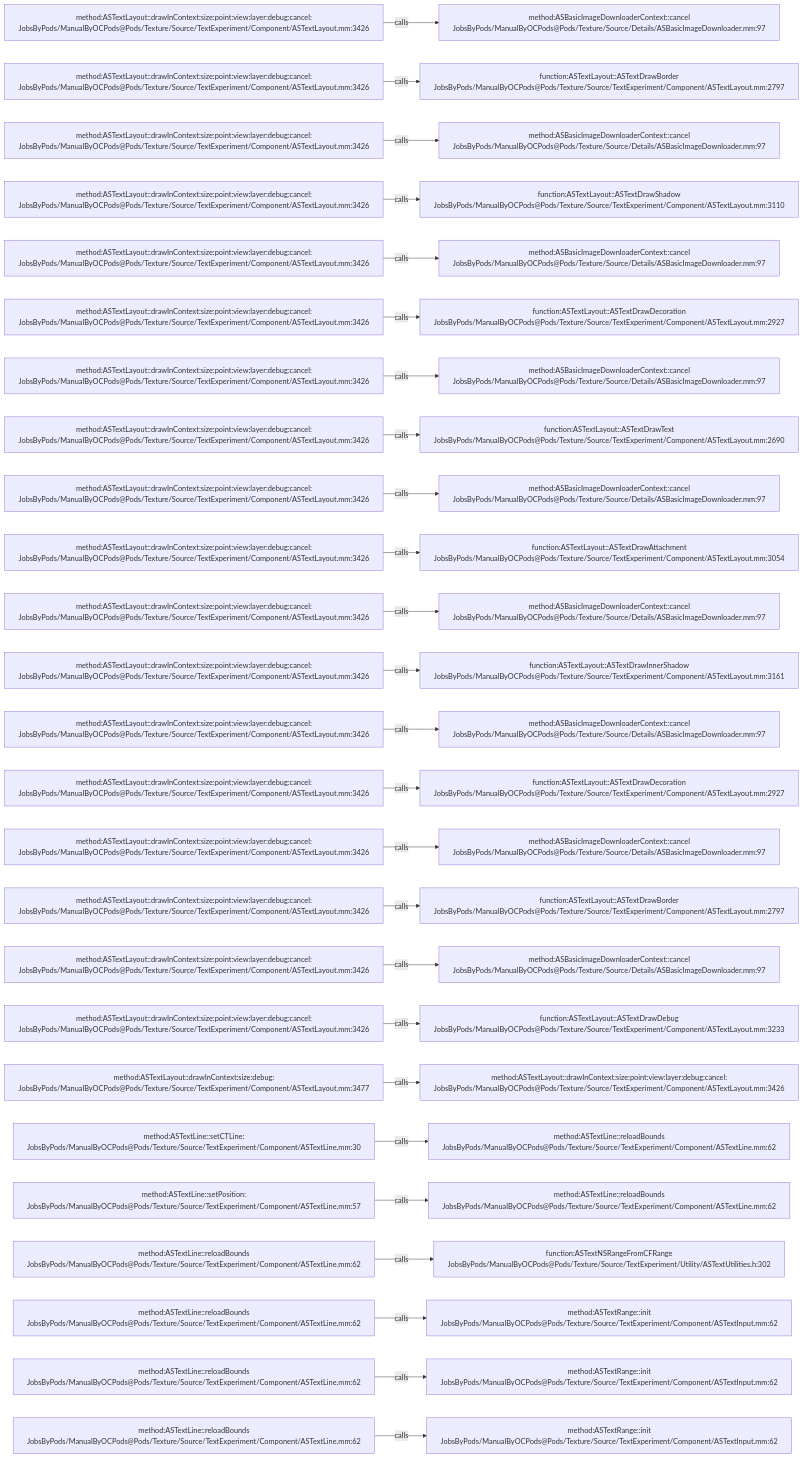
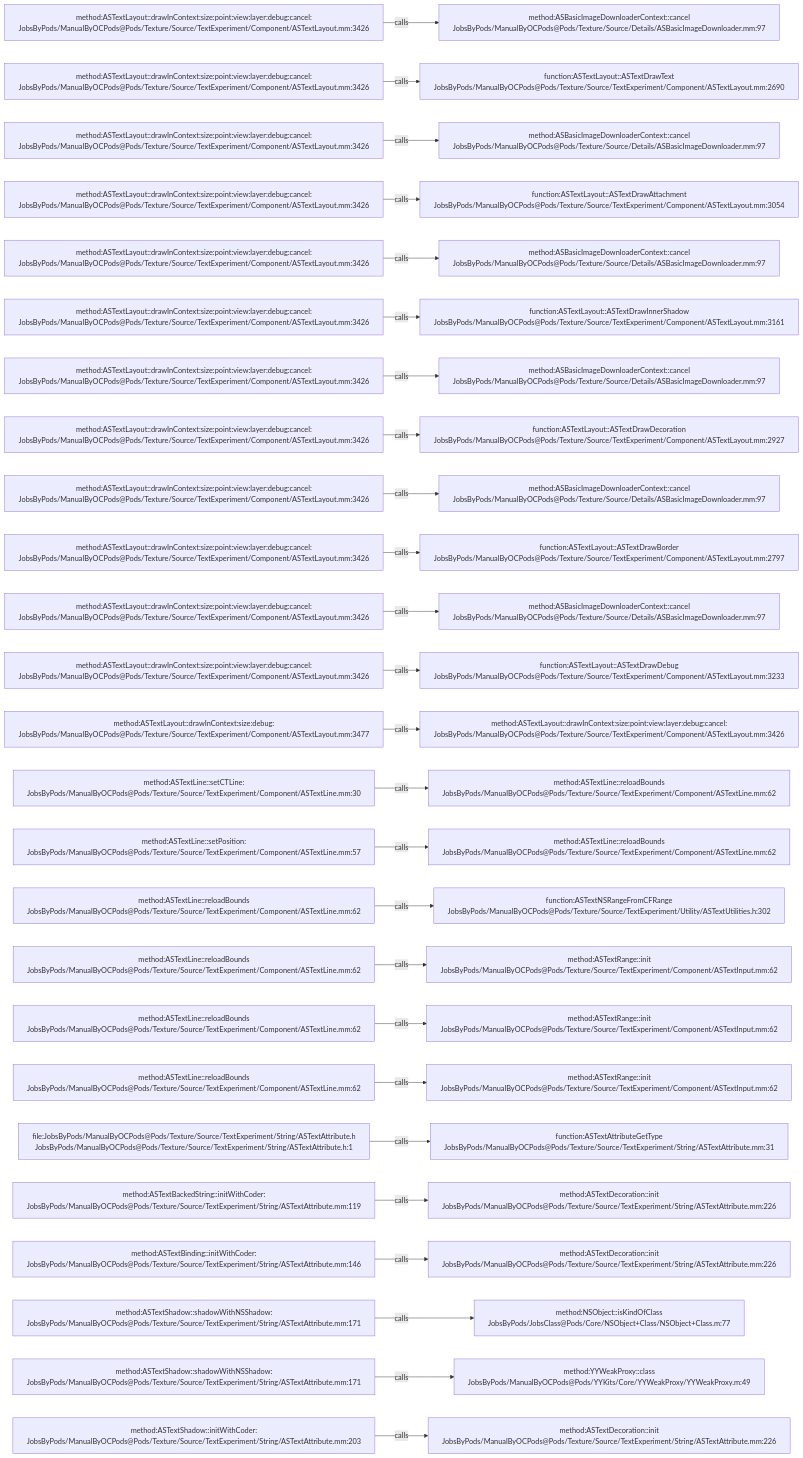
Before and after one commit to JobsKits/JobsOCBaseConfigDemo: the diagram in .codegraph/codegraph.md/graphs/calls-199.md, drawn with Mermaid. The commit also changed 666 other files, not shown here.

````diff
--- a/.codegraph/codegraph.md/graphs/calls-199.md
+++ b/.codegraph/codegraph.md/graphs/calls-199.md
@@ -13,78 +13,78 @@
 ```mermaid
 flowchart LR
   S1["method:ASTextLayout::drawInContext:size:point:view:layer:debug:cancel:<br/>JobsByPods/ManualByOCPods@Pods/Texture/Source/TextExperiment/Component/ASTextLayout.mm:3426"]
   T1["method:ASBasicImageDownloaderContext::cancel<br/>JobsByPods/ManualByOCPods@Pods/Texture/Source/Details/ASBasicImageDownloader.mm:97"]
   S1 -->|calls| T1
   S2["method:ASTextLayout::drawInContext:size:point:view:layer:debug:cancel:<br/>JobsByPods/ManualByOCPods@Pods/Texture/Source/TextExperiment/Component/ASTextLayout.mm:3426"]
-  T2["function:ASTextLayout::ASTextDrawBorder<br/>JobsByPods/ManualByOCPods@Pods/Texture/Source/TextExperiment/Component/ASTextLayout.mm:2797"]
+  T2["function:ASTextLayout::ASTextDrawText<br/>JobsByPods/ManualByOCPods@Pods/Texture/Source/TextExperiment/Component/ASTextLayout.mm:2690"]
   S2 -->|calls| T2
   S3["method:ASTextLayout::drawInContext:size:point:view:layer:debug:cancel:<br/>JobsByPods/ManualByOCPods@Pods/Texture/Source/TextExperiment/Component/ASTextLayout.mm:3426"]
   T3["method:ASBasicImageDownloaderContext::cancel<br/>JobsByPods/ManualByOCPods@Pods/Texture/Source/Details/ASBasicImageDownloader.mm:97"]
   S3 -->|calls| T3
   S4["method:ASTextLayout::drawInContext:size:point:view:layer:debug:cancel:<br/>JobsByPods/ManualByOCPods@Pods/Texture/Source/TextExperiment/Component/ASTextLayout.mm:3426"]
-  T4["function:ASTextLayout::ASTextDrawShadow<br/>JobsByPods/ManualByOCPods@Pods/Texture/Source/TextExperiment/Component/ASTextLayout.mm:3110"]
+  T4["function:ASTextLayout::ASTextDrawAttachment<br/>JobsByPods/ManualByOCPods@Pods/Texture/Source/TextExperiment/Component/ASTextLayout.mm:3054"]
   S4 -->|calls| T4
   S5["method:ASTextLayout::drawInContext:size:point:view:layer:debug:cancel:<br/>JobsByPods/ManualByOCPods@Pods/Texture/Source/TextExperiment/Component/ASTextLayout.mm:3426"]
   T5["method:ASBasicImageDownloaderContext::cancel<br/>JobsByPods/ManualByOCPods@Pods/Texture/Source/Details/ASBasicImageDownloader.mm:97"]
   S5 -->|calls| T5
   S6["method:ASTextLayout::drawInContext:size:point:view:layer:debug:cancel:<br/>JobsByPods/ManualByOCPods@Pods/Texture/Source/TextExperiment/Component/ASTextLayout.mm:3426"]
-  T6["function:ASTextLayout::ASTextDrawDecoration<br/>JobsByPods/ManualByOCPods@Pods/Texture/Source/TextExperiment/Component/ASTextLayout.mm:2927"]
+  T6["function:ASTextLayout::ASTextDrawInnerShadow<br/>JobsByPods/ManualByOCPods@Pods/Texture/Source/TextExperiment/Component/ASTextLayout.mm:3161"]
   S6 -->|calls| T6
   S7["method:ASTextLayout::drawInContext:size:point:view:layer:debug:cancel:<br/>JobsByPods/ManualByOCPods@Pods/Texture/Source/TextExperiment/Component/ASTextLayout.mm:3426"]
   T7["method:ASBasicImageDownloaderContext::cancel<br/>JobsByPods/ManualByOCPods@Pods/Texture/Source/Details/ASBasicImageDownloader.mm:97"]
   S7 -->|calls| T7
   S8["method:ASTextLayout::drawInContext:size:point:view:layer:debug:cancel:<br/>JobsByPods/ManualByOCPods@Pods/Texture/Source/TextExperiment/Component/ASTextLayout.mm:3426"]
-  T8["function:ASTextLayout::ASTextDrawText<br/>JobsByPods/ManualByOCPods@Pods/Texture/Source/TextExperiment/Component/ASTextLayout.mm:2690"]
+  T8["function:ASTextLayout::ASTextDrawDecoration<br/>JobsByPods/ManualByOCPods@Pods/Texture/Source/TextExperiment/Component/ASTextLayout.mm:2927"]
   S8 -->|calls| T8
   S9["method:ASTextLayout::drawInContext:size:point:view:layer:debug:cancel:<br/>JobsByPods/ManualByOCPods@Pods/Texture/Source/TextExperiment/Component/ASTextLayout.mm:3426"]
   T9["method:ASBasicImageDownloaderContext::cancel<br/>JobsByPods/ManualByOCPods@Pods/Texture/Source/Details/ASBasicImageDownloader.mm:97"]
   S9 -->|calls| T9
   S10["method:ASTextLayout::drawInContext:size:point:view:layer:debug:cancel:<br/>JobsByPods/ManualByOCPods@Pods/Texture/Source/TextExperiment/Component/ASTextLayout.mm:3426"]
-  T10["function:ASTextLayout::ASTextDrawAttachment<br/>JobsByPods/ManualByOCPods@Pods/Texture/Source/TextExperiment/Component/ASTextLayout.mm:3054"]
+  T10["function:ASTextLayout::ASTextDrawBorder<br/>JobsByPods/ManualByOCPods@Pods/Texture/Source/TextExperiment/Component/ASTextLayout.mm:2797"]
   S10 -->|calls| T10
   S11["method:ASTextLayout::drawInContext:size:point:view:layer:debug:cancel:<br/>JobsByPods/ManualByOCPods@Pods/Texture/Source/TextExperiment/Component/ASTextLayout.mm:3426"]
   T11["method:ASBasicImageDownloaderContext::cancel<br/>JobsByPods/ManualByOCPods@Pods/Texture/Source/Details/ASBasicImageDownloader.mm:97"]
   S11 -->|calls| T11
   S12["method:ASTextLayout::drawInContext:size:point:view:layer:debug:cancel:<br/>JobsByPods/ManualByOCPods@Pods/Texture/Source/TextExperiment/Component/ASTextLayout.mm:3426"]
-  T12["function:ASTextLayout::ASTextDrawInnerShadow<br/>JobsByPods/ManualByOCPods@Pods/Texture/Source/TextExperiment/Component/ASTextLayout.mm:3161"]
+  T12["function:ASTextLayout::ASTextDrawDebug<br/>JobsByPods/ManualByOCPods@Pods/Texture/Source/TextExperiment/Component/ASTextLayout.mm:3233"]
   S12 -->|calls| T12
-  S13["method:ASTextLayout::drawInContext:size:point:view:layer:debug:cancel:<br/>JobsByPods/ManualByOCPods@Pods/Texture/Source/TextExperiment/Component/ASTextLayout.mm:3426"]
-  T13["method:ASBasicImageDownloaderContext::cancel<br/>JobsByPods/ManualByOCPods@Pods/Texture/Source/Details/ASBasicImageDownloader.mm:97"]
+  S13["method:ASTextLayout::drawInContext:size:debug:<br/>JobsByPods/ManualByOCPods@Pods/Texture/Source/TextExperiment/Component/ASTextLayout.mm:3477"]
+  T13["method:ASTextLayout::drawInContext:size:point:view:layer:debug:cancel:<br/>JobsByPods/ManualByOCPods@Pods/Texture/Source/TextExperiment/Component/ASTextLayout.mm:3426"]
   S13 -->|calls| T13
-  S14["method:ASTextLayout::drawInContext:size:point:view:layer:debug:cancel:<br/>JobsByPods/ManualByOCPods@Pods/Texture/Source/TextExperiment/Component/ASTextLayout.mm:3426"]
-  T14["function:ASTextLayout::ASTextDrawDecoration<br/>JobsByPods/ManualByOCPods@Pods/Texture/Source/TextExperiment/Component/ASTextLayout.mm:2927"]
+  S14["method:ASTextLine::setCTLine:<br/>JobsByPods/ManualByOCPods@Pods/Texture/Source/TextExperiment/Component/ASTextLine.mm:30"]
+  T14["method:ASTextLine::reloadBounds<br/>JobsByPods/ManualByOCPods@Pods/Texture/Source/TextExperiment/Component/ASTextLine.mm:62"]
   S14 -->|calls| T14
-  S15["method:ASTextLayout::drawInContext:size:point:view:layer:debug:cancel:<br/>JobsByPods/ManualByOCPods@Pods/Texture/Source/TextExperiment/Component/ASTextLayout.mm:3426"]
-  T15["method:ASBasicImageDownloaderContext::cancel<br/>JobsByPods/ManualByOCPods@Pods/Texture/Source/Details/ASBasicImageDownloader.mm:97"]
+  S15["method:ASTextLine::setPosition:<br/>JobsByPods/ManualByOCPods@Pods/Texture/Source/TextExperiment/Component/ASTextLine.mm:57"]
+  T15["method:ASTextLine::reloadBounds<br/>JobsByPods/ManualByOCPods@Pods/Texture/Source/TextExperiment/Component/ASTextLine.mm:62"]
   S15 -->|calls| T15
-  S16["method:ASTextLayout::drawInContext:size:point:view:layer:debug:cancel:<br/>JobsByPods/ManualByOCPods@Pods/Texture/Source/TextExperiment/Component/ASTextLayout.mm:3426"]
-  T16["function:ASTextLayout::ASTextDrawBorder<br/>JobsByPods/ManualByOCPods@Pods/Texture/Source/TextExperiment/Component/ASTextLayout.mm:2797"]
+  S16["method:ASTextLine::reloadBounds<br/>JobsByPods/ManualByOCPods@Pods/Texture/Source/TextExperiment/Component/ASTextLine.mm:62"]
+  T16["function:ASTextNSRangeFromCFRange<br/>JobsByPods/ManualByOCPods@Pods/Texture/Source/TextExperiment/Utility/ASTextUtilities.h:302"]
   S16 -->|calls| T16
-  S17["method:ASTextLayout::drawInContext:size:point:view:layer:debug:cancel:<br/>JobsByPods/ManualByOCPods@Pods/Texture/Source/TextExperiment/Component/ASTextLayout.mm:3426"]
-  T17["method:ASBasicImageDownloaderContext::cancel<br/>JobsByPods/ManualByOCPods@Pods/Texture/Source/Details/ASBasicImageDownloader.mm:97"]
+  S17["method:ASTextLine::reloadBounds<br/>JobsByPods/ManualByOCPods@Pods/Texture/Source/TextExperiment/Component/ASTextLine.mm:62"]
+  T17["method:ASTextRange::init<br/>JobsByPods/ManualByOCPods@Pods/Texture/Source/TextExperiment/Component/ASTextInput.mm:62"]
   S17 -->|calls| T17
-  S18["method:ASTextLayout::drawInContext:size:point:view:layer:debug:cancel:<br/>JobsByPods/ManualByOCPods@Pods/Texture/Source/TextExperiment/Component/ASTextLayout.mm:3426"]
-  T18["function:ASTextLayout::ASTextDrawDebug<br/>JobsByPods/ManualByOCPods@Pods/Texture/Source/TextExperiment/Component/ASTextLayout.mm:3233"]
+  S18["method:ASTextLine::reloadBounds<br/>JobsByPods/ManualByOCPods@Pods/Texture/Source/TextExperiment/Component/ASTextLine.mm:62"]
+  T18["method:ASTextRange::init<br/>JobsByPods/ManualByOCPods@Pods/Texture/Source/TextExperiment/Component/ASTextInput.mm:62"]
   S18 -->|calls| T18
-  S19["method:ASTextLayout::drawInContext:size:debug:<br/>JobsByPods/ManualByOCPods@Pods/Texture/Source/TextExperiment/Component/ASTextLayout.mm:3477"]
-  T19["method:ASTextLayout::drawInContext:size:point:view:layer:debug:cancel:<br/>JobsByPods/ManualByOCPods@Pods/Texture/Source/TextExperiment/Component/ASTextLayout.mm:3426"]
+  S19["method:ASTextLine::reloadBounds<br/>JobsByPods/ManualByOCPods@Pods/Texture/Source/TextExperiment/Component/ASTextLine.mm:62"]
+  T19["method:ASTextRange::init<br/>JobsByPods/ManualByOCPods@Pods/Texture/Source/TextExperiment/Component/ASTextInput.mm:62"]
   S19 -->|calls| T19
-  S20["method:ASTextLine::setCTLine:<br/>JobsByPods/ManualByOCPods@Pods/Texture/Source/TextExperiment/Component/ASTextLine.mm:30"]
-  T20["method:ASTextLine::reloadBounds<br/>JobsByPods/ManualByOCPods@Pods/Texture/Source/TextExperiment/Component/ASTextLine.mm:62"]
+  S20["file:JobsByPods/ManualByOCPods@Pods/Texture/Source/TextExperiment/String/ASTextAttribute.h<br/>JobsByPods/ManualByOCPods@Pods/Texture/Source/TextExperiment/String/ASTextAttribute.h:1"]
+  T20["function:ASTextAttributeGetType<br/>JobsByPods/ManualByOCPods@Pods/Texture/Source/TextExperiment/String/ASTextAttribute.mm:31"]
   S20 -->|calls| T20
-  S21["method:ASTextLine::setPosition:<br/>JobsByPods/ManualByOCPods@Pods/Texture/Source/TextExperiment/Component/ASTextLine.mm:57"]
-  T21["method:ASTextLine::reloadBounds<br/>JobsByPods/ManualByOCPods@Pods/Texture/Source/TextExperiment/Component/ASTextLine.mm:62"]
+  S21["method:ASTextBackedString::initWithCoder:<br/>JobsByPods/ManualByOCPods@Pods/Texture/Source/TextExperiment/String/ASTextAttribute.mm:119"]
+  T21["method:ASTextDecoration::init<br/>JobsByPods/ManualByOCPods@Pods/Texture/Source/TextExperiment/String/ASTextAttribute.mm:226"]
   S21 -->|calls| T21
-  S22["method:ASTextLine::reloadBounds<br/>JobsByPods/ManualByOCPods@Pods/Texture/Source/TextExperiment/Component/ASTextLine.mm:62"]
-  T22["function:ASTextNSRangeFromCFRange<br/>JobsByPods/ManualByOCPods@Pods/Texture/Source/TextExperiment/Utility/ASTextUtilities.h:302"]
+  S22["method:ASTextBinding::initWithCoder:<br/>JobsByPods/ManualByOCPods@Pods/Texture/Source/TextExperiment/String/ASTextAttribute.mm:146"]
+  T22["method:ASTextDecoration::init<br/>JobsByPods/ManualByOCPods@Pods/Texture/Source/TextExperiment/String/ASTextAttribute.mm:226"]
   S22 -->|calls| T22
-  S23["method:ASTextLine::reloadBounds<br/>JobsByPods/ManualByOCPods@Pods/Texture/Source/TextExperiment/Component/ASTextLine.mm:62"]
-  T23["method:ASTextRange::init<br/>JobsByPods/ManualByOCPods@Pods/Texture/Source/TextExperiment/Component/ASTextInput.mm:62"]
+  S23["method:ASTextShadow::shadowWithNSShadow:<br/>JobsByPods/ManualByOCPods@Pods/Texture/Source/TextExperiment/String/ASTextAttribute.mm:171"]
+  T23["method:NSObject::isKindOfClass<br/>JobsByPods/JobsClass@Pods/Core/NSObject+Class/NSObject+Class.m:77"]
   S23 -->|calls| T23
-  S24["method:ASTextLine::reloadBounds<br/>JobsByPods/ManualByOCPods@Pods/Texture/Source/TextExperiment/Component/ASTextLine.mm:62"]
-  T24["method:ASTextRange::init<br/>JobsByPods/ManualByOCPods@Pods/Texture/Source/TextExperiment/Component/ASTextInput.mm:62"]
+  S24["method:ASTextShadow::shadowWithNSShadow:<br/>JobsByPods/ManualByOCPods@Pods/Texture/Source/TextExperiment/String/ASTextAttribute.mm:171"]
+  T24["method:YYWeakProxy::class<br/>JobsByPods/ManualByOCPods@Pods/YYKits/Core/YYWeakProxy/YYWeakProxy.m:49"]
   S24 -->|calls| T24
-  S25["method:ASTextLine::reloadBounds<br/>JobsByPods/ManualByOCPods@Pods/Texture/Source/TextExperiment/Component/ASTextLine.mm:62"]
-  T25["method:ASTextRange::init<br/>JobsByPods/ManualByOCPods@Pods/Texture/Source/TextExperiment/Component/ASTextInput.mm:62"]
+  S25["method:ASTextShadow::initWithCoder:<br/>JobsByPods/ManualByOCPods@Pods/Texture/Source/TextExperiment/String/ASTextAttribute.mm:203"]
+  T25["method:ASTextDecoration::init<br/>JobsByPods/ManualByOCPods@Pods/Texture/Source/TextExperiment/String/ASTextAttribute.mm:226"]
   S25 -->|calls| T25
 ```
````
